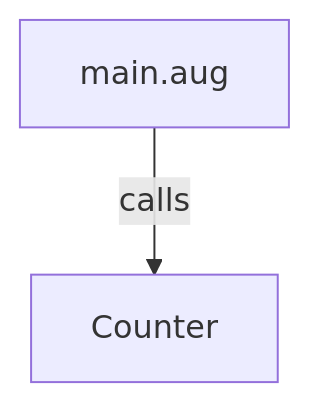
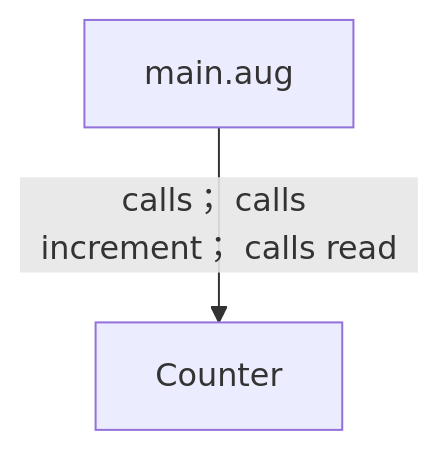
Before and after one commit to GreenPandaStudios/augscript: the first of 2 diagrams in docs/examples/ownership/main-diagrams.md, drawn with Mermaid. The commit also changed other lines of this file and 304 other files, not shown here.

Commit message:
Make generated data-flow sequences concise and review every diagram

````diff
--- a/docs/examples/ownership/main-diagrams.md
+++ b/docs/examples/ownership/main-diagrams.md
@@ -19,6 +19,6 @@
 ```mermaid
 flowchart TD
     n0["Counter"]
     n1["main.aug"]
-    n1 -->|"calls"| n0
+    n1 -->|"calls； calls increment； calls read"| n0
 ```
````
